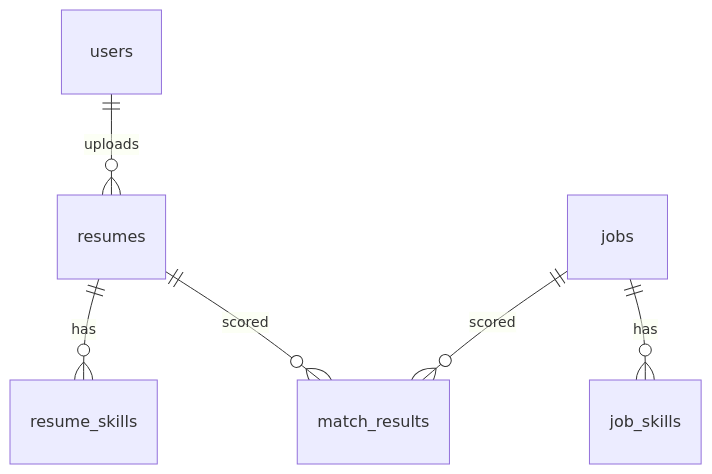
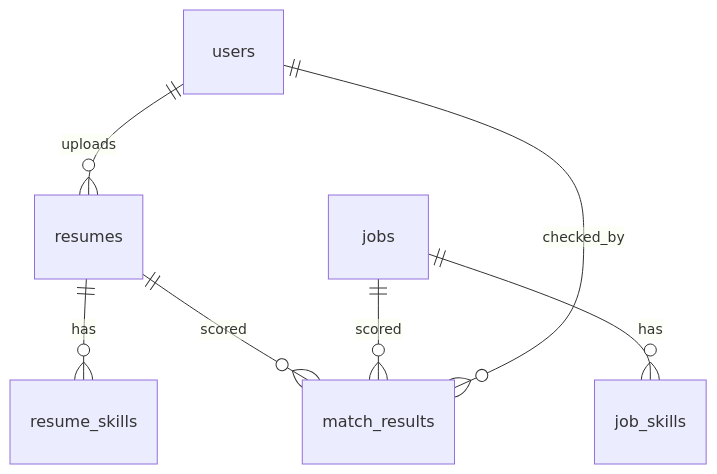
Before and after one commit to aliashrafabbasi/hireflow-ai-backend: the third of 5 diagrams in README.md, drawn with Mermaid. The commit also changed other lines of this file and 31 other files, not shown here.

````diff
--- a/README.md
+++ b/README.md
@@ -48,8 +49,9 @@
 ```mermaid
 erDiagram
   users ||--o{ resumes : uploads
   resumes ||--o{ resume_skills : has
   jobs ||--o{ job_skills : has
   resumes ||--o{ match_results : scored
   jobs ||--o{ match_results : scored
+  users ||--o{ match_results : checked_by
 ```
````
